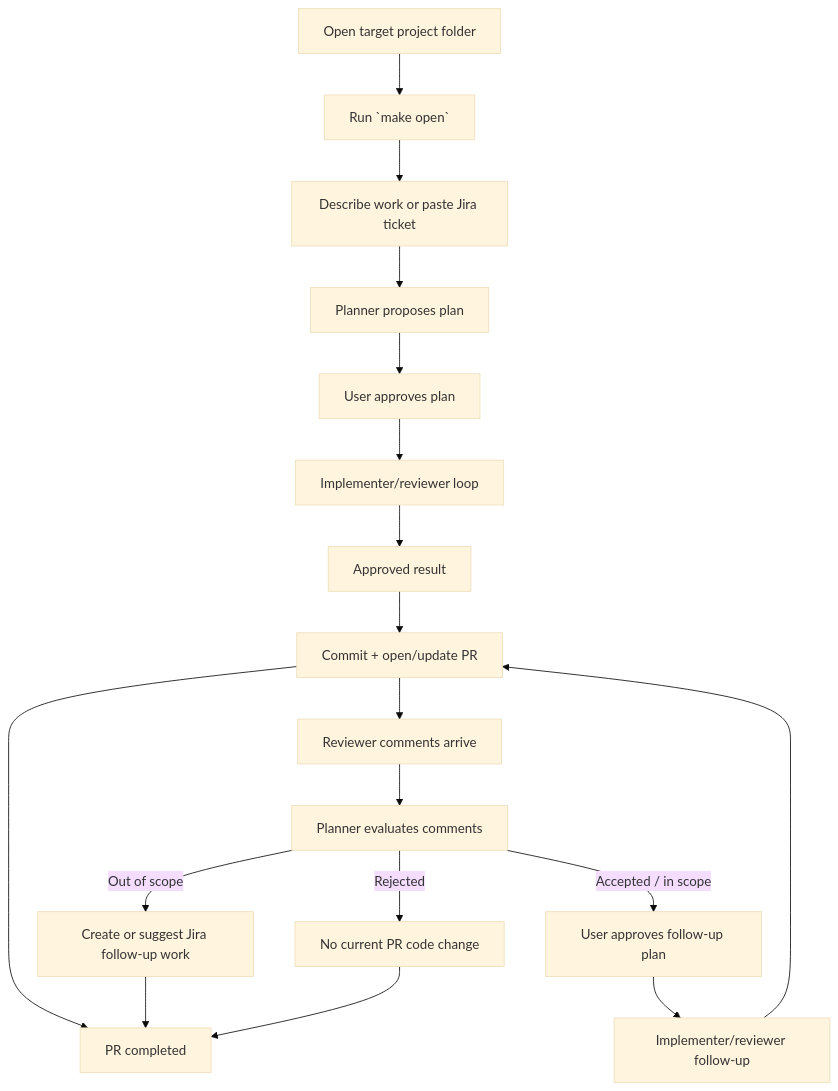
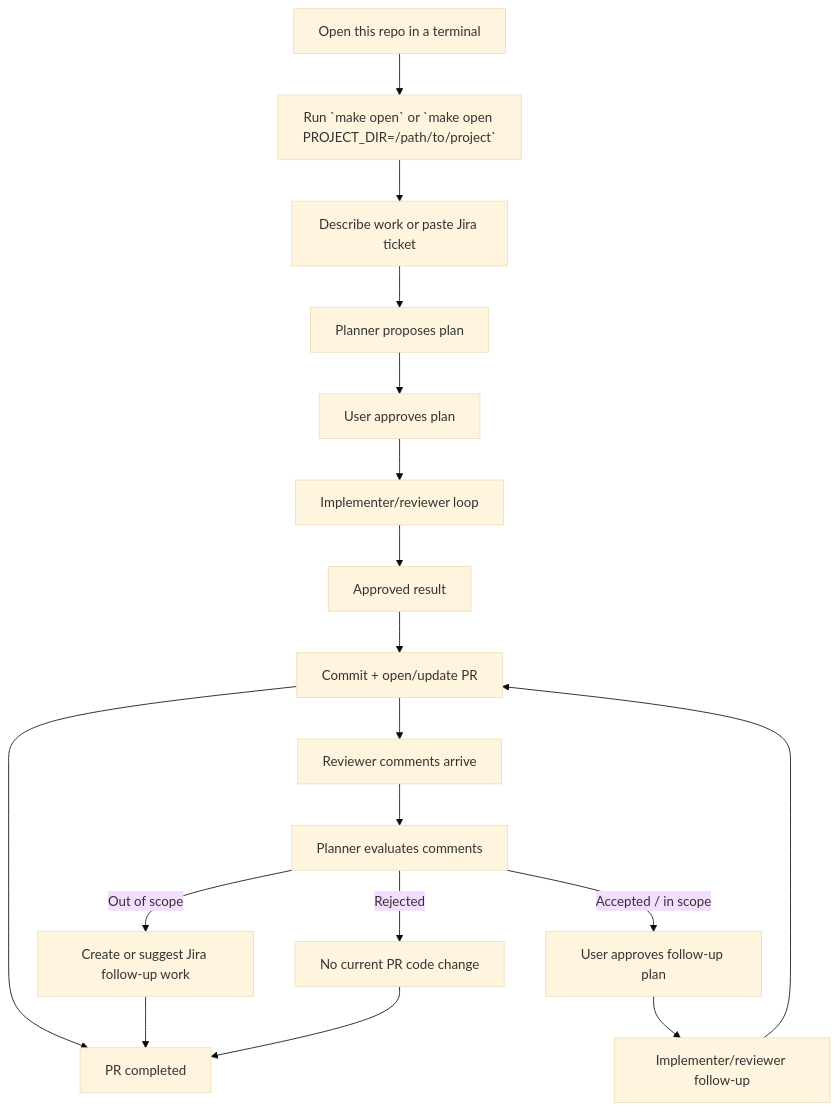
Before and after one commit to stoscupc/opencode-agent: the diagram in README.md, drawn with Mermaid (base theme). The commit also changed other lines of this file and 2 other files, not shown here.

Commit message:
Add explicit PROJECT_DIR support for make open

````diff
--- a/README.md
+++ b/README.md
@@ -95,20 +95,20 @@
 ```mermaid
 flowchart TD
-    A[Open target project folder] --> B[Run `make open`]
+    A[Open this repo in a terminal] --> B[Run `make open` or `make open PROJECT_DIR=/path/to/project`]
     B --> C[Describe work or paste Jira ticket]
     C --> D[Planner proposes plan]
     D --> E[User approves plan]
     E --> F[Implementer/reviewer loop]
     F --> G[Approved result]
     G --> H[Commit + open/update PR]
     H --> O[PR completed]
     H --> I[Reviewer comments arrive]
     I --> J[Planner evaluates comments]
     J -->|Accepted / in scope| K[User approves follow-up plan]
     K --> L[Implementer/reviewer follow-up]
     L --> H
     J -->|Out of scope| M[Create or suggest Jira follow-up work]
     J -->|Rejected| N[No current PR code change]
     M --> O
     N --> O
 ```
````
